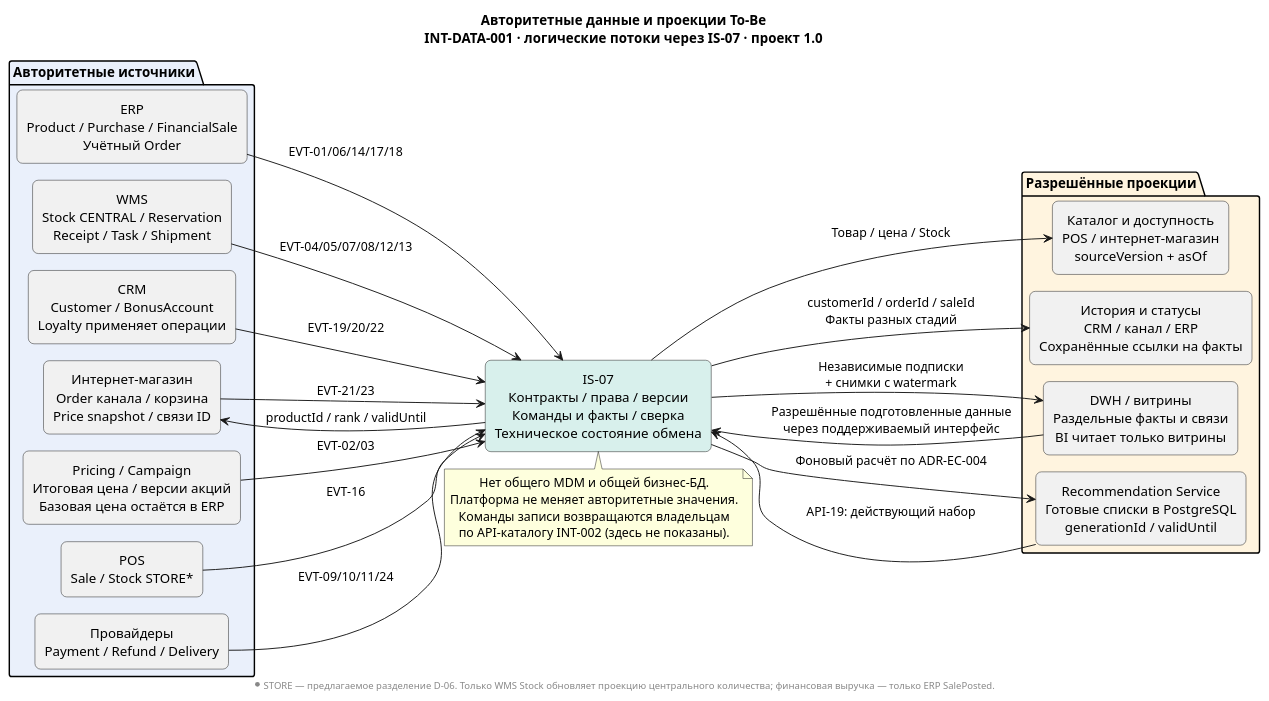
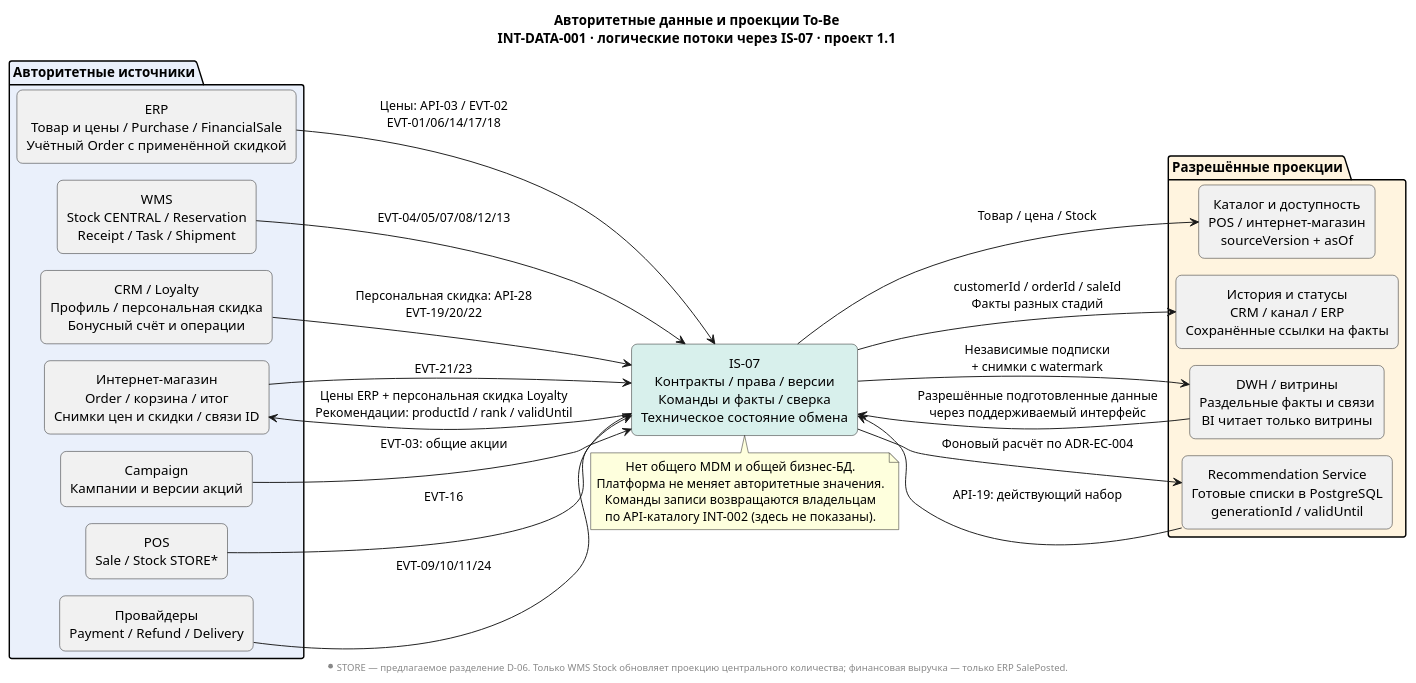
One commit to rsingatulin/hse_architecture changed the diagram in 06_integration_architecture/diagrams/INT-DATA-001-ownership.puml. Above: the diagram before and after it, drawn with PlantUML. The commit also changed 27 other files, not shown here.

Commit message:
Убрать отдельный Pricing и показать персональные скидки CRM

```diff
--- a/06_integration_architecture/diagrams/INT-DATA-001-ownership.puml
+++ b/06_integration_architecture/diagrams/INT-DATA-001-ownership.puml
@@ -1,47 +1,47 @@
 @startuml INT-DATA-001-ownership
 !pragma layout smetana
 skinparam backgroundColor white
 skinparam defaultFontName Arial
 skinparam shadowing false
 skinparam rectangleRoundCorner 12
 skinparam defaultTextAlignment center
 left to right direction
-title Авторитетные данные и проекции To-Be\nINT-DATA-001 · логические потоки через IS-07 · проект 1.0
+title Авторитетные данные и проекции To-Be\nINT-DATA-001 · логические потоки через IS-07 · проект 1.1
 package "Авторитетные источники" #EAF0FB {
- rectangle "ERP\nProduct / Purchase / FinancialSale\nУчётный Order" as ERP
+ rectangle "ERP\nТовар и цены / Purchase / FinancialSale\nУчётный Order с применённой скидкой" as ERP
  rectangle "WMS\nStock CENTRAL / Reservation\nReceipt / Task / Shipment" as WMS
- rectangle "CRM\nCustomer / BonusAccount\nLoyalty применяет операции" as CRM
- rectangle "Pricing / Campaign\nИтоговая цена / версии акций\nБазовая цена остаётся в ERP" as PRICE
+ rectangle "CRM / Loyalty\nПрофиль / персональная скидка\nБонусный счёт и операции" as CRM
+ rectangle "Campaign\nКампании и версии акций" as CAMPAIGN
  rectangle "POS\nSale / Stock STORE*" as POS
  rectangle "Провайдеры\nPayment / Refund / Delivery" as EXT
- rectangle "Интернет-магазин\nOrder канала / корзина\nPrice snapshot / связи ID" as EC
+ rectangle "Интернет-магазин\nOrder / корзина / итог\nСнимки цен и скидки / связи ID" as EC
 }
 rectangle "IS-07\nКонтракты / права / версии\nКоманды и факты / сверка\nТехническое состояние обмена" as IP #D8F0EC
 package "Разрешённые проекции" #FFF4DF {
  rectangle "Каталог и доступность\nPOS / интернет-магазин\nsourceVersion + asOf" as CAT
  rectangle "История и статусы\nCRM / канал / ERP\nСохранённые ссылки на факты" as HISTORY
  rectangle "DWH / витрины\nРаздельные факты и связи\nBI читает только витрины" as DWH
  rectangle "Recommendation Service\nГотовые списки в PostgreSQL\ngenerationId / validUntil" as REC
 }
-ERP --> IP : EVT-01/06/14/17/18
+ERP --> IP : Цены: API-03 / EVT-02\nEVT-01/06/14/17/18
 WMS --> IP : EVT-04/05/07/08/12/13
-CRM --> IP : EVT-19/20/22
-PRICE --> IP : EVT-02/03
+CRM --> IP : Персональная скидка: API-28\nEVT-19/20/22
+CAMPAIGN --> IP : EVT-03: общие акции
 POS --> IP : EVT-16
 EXT --> IP : EVT-09/10/11/24
 EC --> IP : EVT-21/23
 IP --> CAT : Товар / цена / Stock
 IP --> HISTORY : customerId / orderId / saleId\nФакты разных стадий
 IP --> DWH : Независимые подписки\n+ снимки с watermark
 DWH --> IP : Разрешённые подготовленные данные\nчерез поддерживаемый интерфейс
 IP --> REC : Фоновый расчёт по ADR-EC-004
 REC --> IP : API-19: действующий набор
-IP --> EC : productId / rank / validUntil
+IP --> EC : Цены ERP + персональная скидка Loyalty\nРекомендации: productId / rank / validUntil
 note bottom of IP
   Нет общего MDM и общей бизнес-БД.
   Платформа не меняет авторитетные значения.
   Команды записи возвращаются владельцам
   по API-каталогу INT-002 (здесь не показаны).
 end note
 footer * STORE — предлагаемое разделение D-06. Только WMS Stock обновляет проекцию центрального количества; финансовая выручка — только ERP SalePosted.
 @enduml
```
